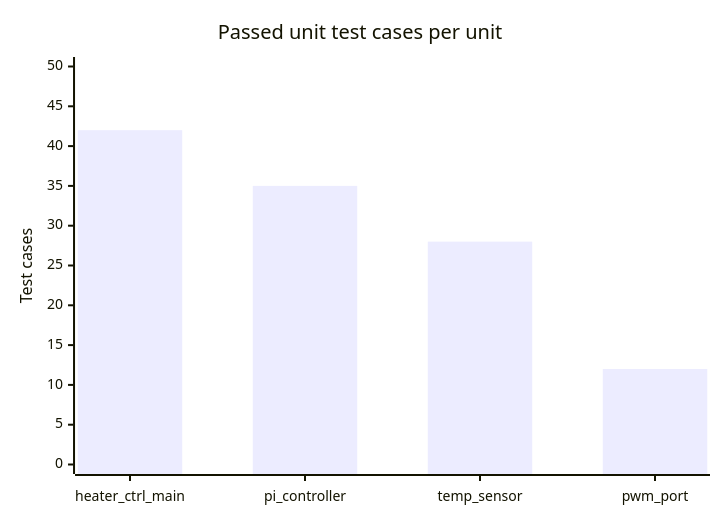
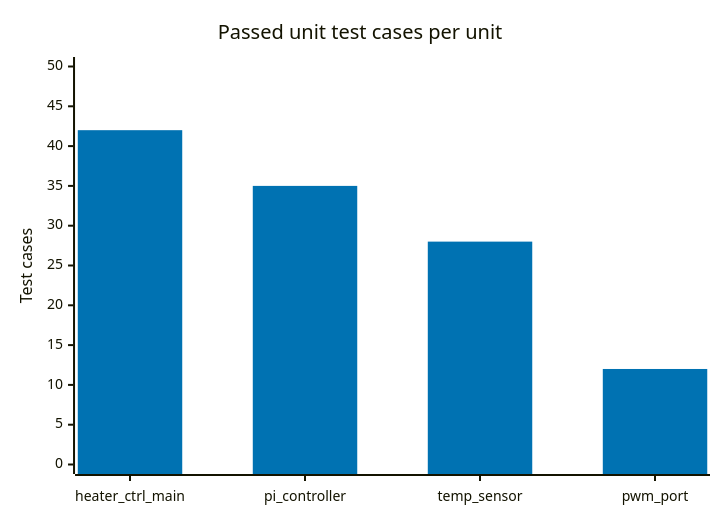
Before and after one commit to mikemoik/sw-dev-pub: the diagram in projects/spec-figures/mermaid/barchart.mmd, drawn with Mermaid. The commit also changed 11 other files, not shown here.

First line of the commit message:
spec-figures: Mermaid twins checked with mermaid-cli 12.2

```diff
--- a/projects/spec-figures/mermaid/barchart.mmd
+++ b/projects/spec-figures/mermaid/barchart.mmd
@@ -1,6 +1,12 @@
+---
+config:
+  themeVariables:
+    xyChart:
+      plotColorPalette: "#0072B2, #E69F00, #009E73, #CC79A7"
+---
 %% Bar chart: passed unit test cases per unit of heater_ctrl (one series)
 xychart-beta
     title "Passed unit test cases per unit"
     x-axis ["heater_ctrl_main", "pi_controller", "temp_sensor", "pwm_port"]
     y-axis "Test cases" 0 --> 50
     bar [42, 35, 28, 12]
```
